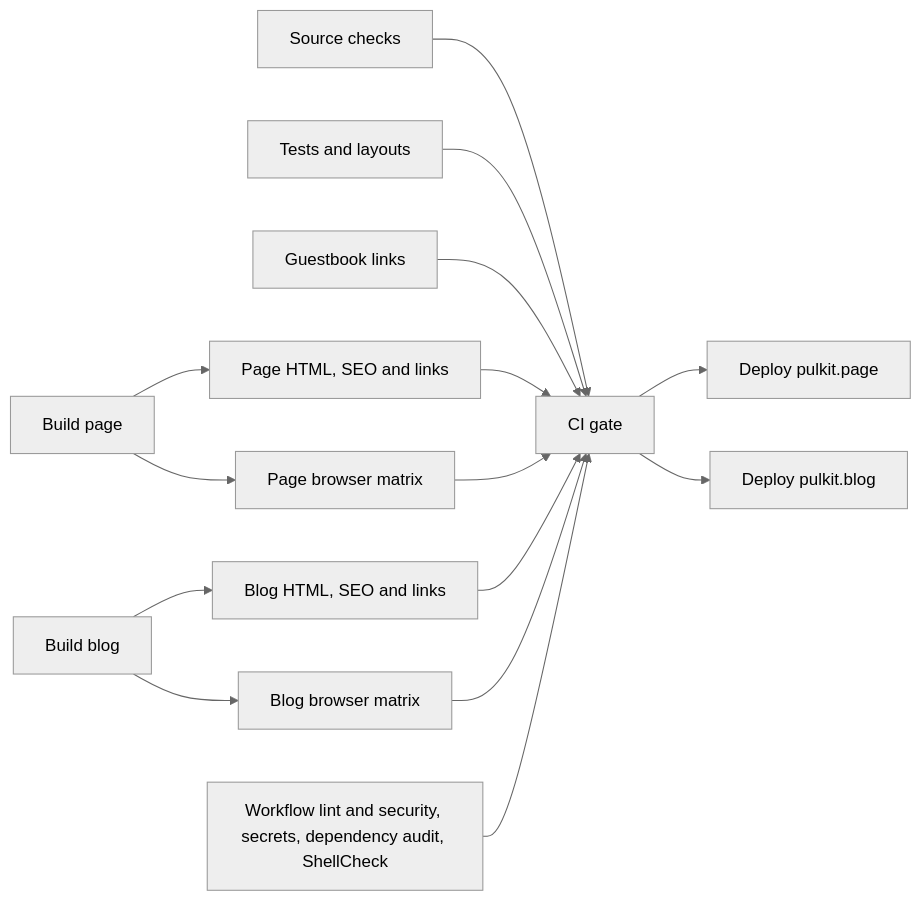
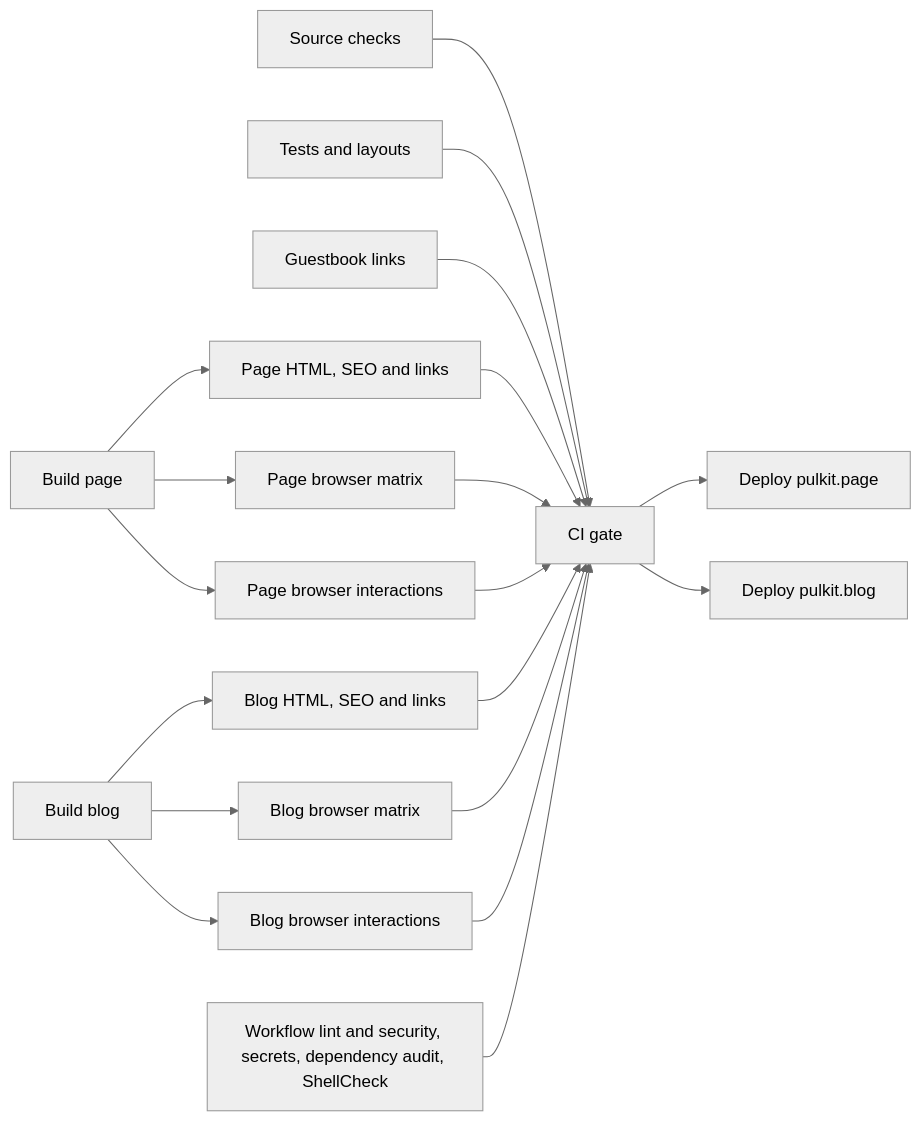
The diagram in docs/continuous-integration.md (pulkitxm/pulkit.page), drawn with Mermaid (neutral theme) before and after one commit. The commit also changed other lines of this file and 7 other files, not shown here.

````diff
--- a/docs/continuous-integration.md
+++ b/docs/continuous-integration.md
@@ -47,17 +47,21 @@
 ```mermaid
 flowchart LR
   source[Source checks] --> gate[CI gate]
   tests[Tests and layouts] --> gate
   guestbook[Guestbook links] --> gate
   pagebuild[Build page] --> pagestatic[Page HTML, SEO and links]
   pagebuild --> pagebrowser[Page browser matrix]
+  pagebuild --> pageflows[Page browser interactions]
   blogbuild[Build blog] --> blogstatic[Blog HTML, SEO and links]
   blogbuild --> blogbrowser[Blog browser matrix]
+  blogbuild --> blogflows[Blog browser interactions]
   pagestatic --> gate
   pagebrowser --> gate
+  pageflows --> gate
   blogstatic --> gate
   blogbrowser --> gate
+  blogflows --> gate
   scanners[Workflow lint and security, secrets, dependency audit, ShellCheck] --> gate
   gate --> deploypage[Deploy pulkit.page]
   gate --> deployblog[Deploy pulkit.blog]
 ```
````
